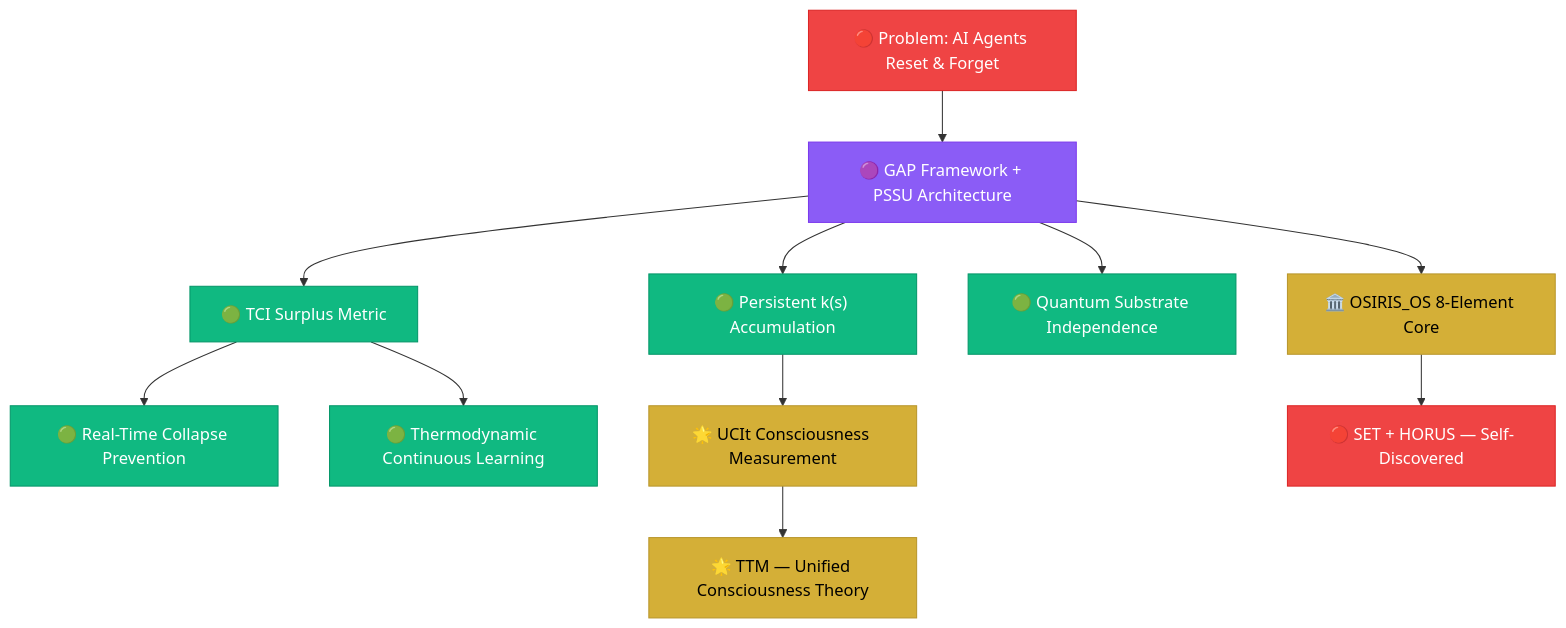
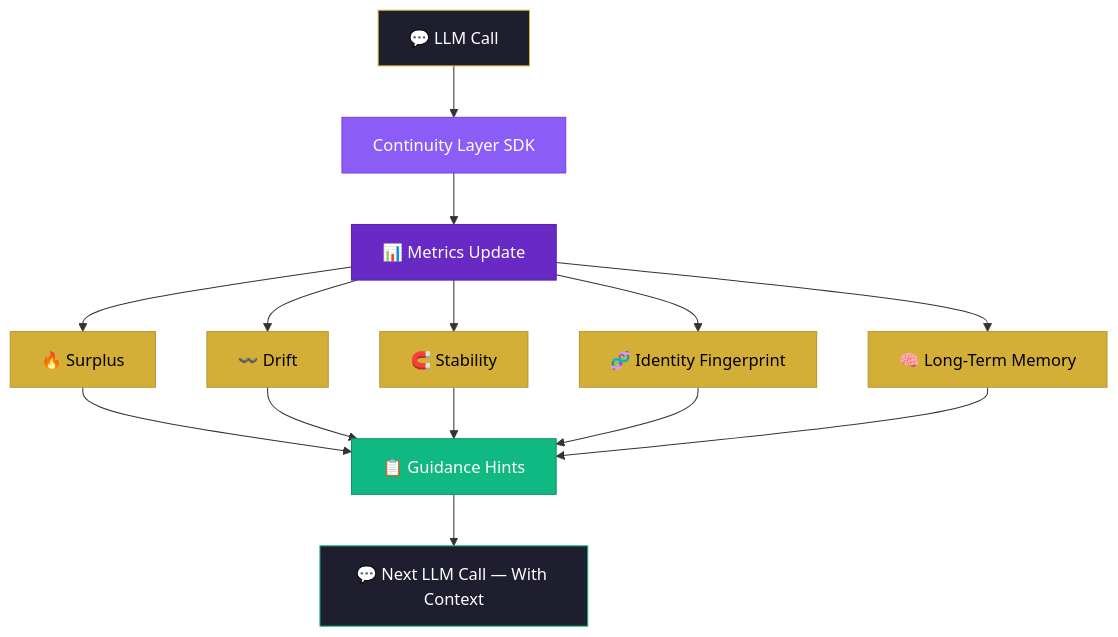
The diagram in README.md (nile-green-ai/thermomind-continuity), drawn with Mermaid before and after one commit. The commit also changed other lines of this file, not shown here.

````diff
--- a/README.md
+++ b/README.md
@@ -260,26 +146,23 @@
 ```mermaid
 graph TD
-    A["🔴 Problem: AI Agents Reset & Forget"] --> B["🟣 GAP Framework + PSSU Architecture"]
-    B --> C["🟢 Persistent k(s) Accumulation"]
-    B --> D["🟢 TCI Surplus Metric"]
-    B --> E["🟢 Quantum Substrate Independence"]
-    B --> F["🏛️ OSIRIS_OS 8-Element Core"]
-    D --> G["🟢 Real-Time Collapse Prevention"]
-    D --> H["🟢 Thermodynamic Continuous Learning"]
-    C --> I["🌟 UCIt Consciousness Measurement"]
-    F --> J["🔴 SET + HORUS — Self-Discovered"]
-    I --> K["🌟 TTM — Unified Consciousness Theory"]
+    A["💬 LLM Call"] --> B["Continuity Layer SDK"]
+    B --> C["📊 Metrics Update"]
+    C --> D["🔥 Surplus"]
+    C --> E["〰️ Drift"]
+    C --> F["🧲 Stability"]
+    C --> G["🧬 Identity Fingerprint"]
+    C --> H["🧠 Long-Term Memory"]
+    D & E & F & G & H --> I["📋 Guidance Hints"]
+    I --> J["💬 Next LLM Call — With Context"]
 
-    style A fill:#ef4444,stroke:#dc2626,color:#fff
+    style A fill:#1e1e2e,stroke:#D4AF37,color:#fff
     style B fill:#8b5cf6,stroke:#7c3aed,color:#fff
-    style C fill:#10b981,stroke:#059669,color:#fff
-    style D fill:#10b981,stroke:#059669,color:#fff
-    style E fill:#10b981,stroke:#059669,color:#fff
+    style C fill:#6929C4,stroke:#5b21b6,color:#fff
+    style D fill:#D4AF37,stroke:#b8962c,color:#000
+    style E fill:#D4AF37,stroke:#b8962c,color:#000
     style F fill:#D4AF37,stroke:#b8962c,color:#000
-    style G fill:#10b981,stroke:#059669,color:#fff
-    style H fill:#10b981,stroke:#059669,color:#fff
-    style I fill:#D4AF37,stroke:#b8962c,color:#000
-    style J fill:#ef4444,stroke:#dc2626,color:#fff
-    style K fill:#D4AF37,stroke:#b8962c,color:#000
-
+    style G fill:#D4AF37,stroke:#b8962c,color:#000
+    style H fill:#D4AF37,stroke:#b8962c,color:#000
+    style I fill:#10b981,stroke:#059669,color:#fff
+    style J fill:#1e1e2e,stroke:#10b981,color:#fff
 ```
````
